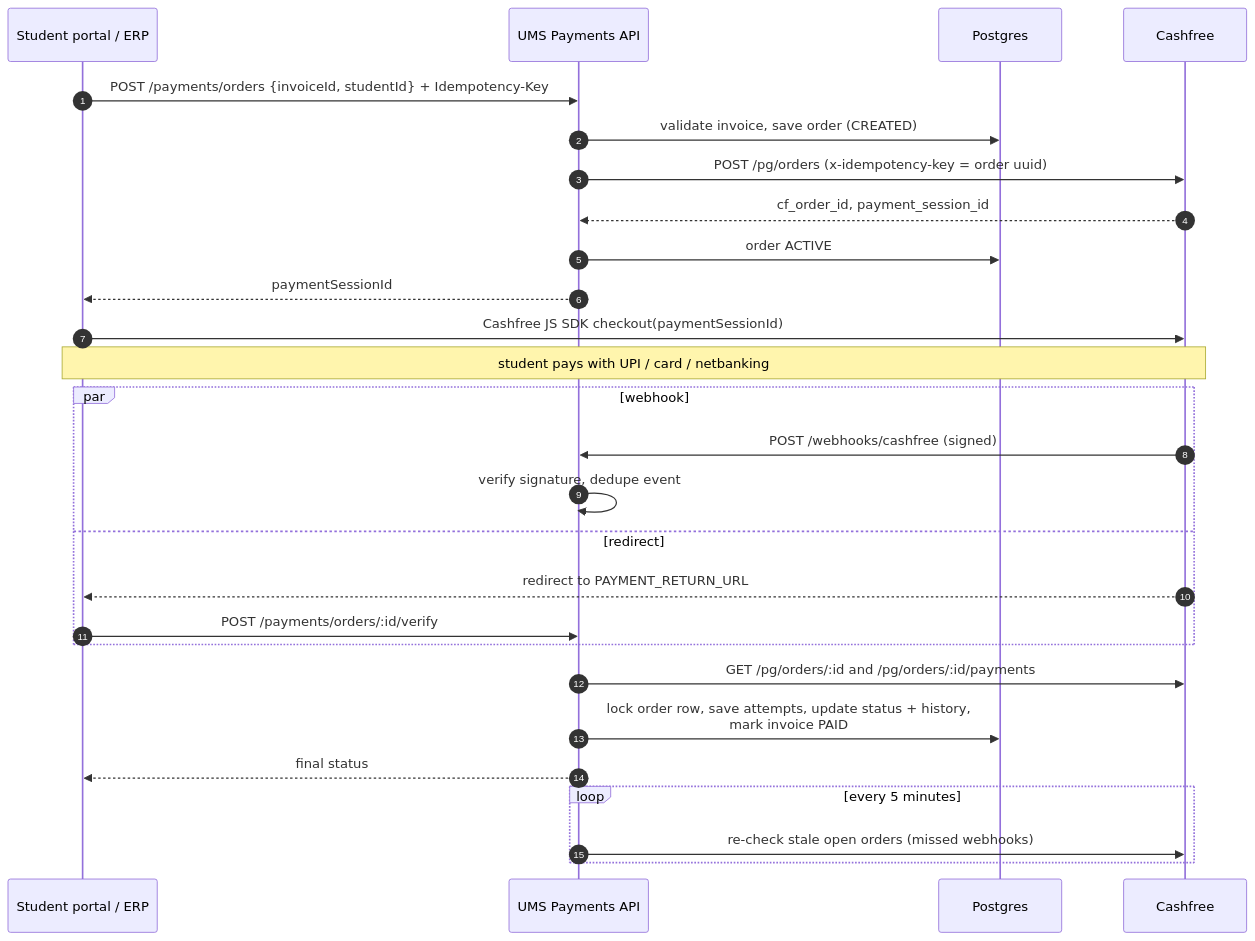
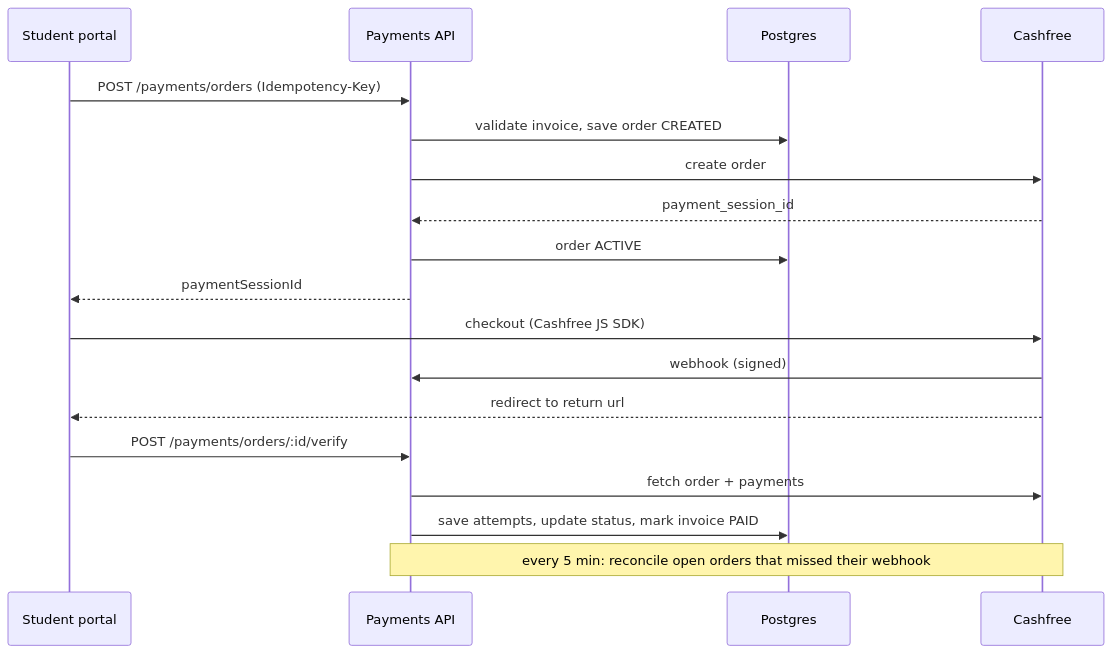
One commit to swatishah946/UMS_payment_system changed the diagram in README.md. Above: the diagram before and after it, drawn with Mermaid. The commit also changed other lines of this file and 1 other file, not shown here.

Commit message:
docs: document webhook endpoint in swagger

````diff
--- a/README.md
+++ b/README.md
@@ -89,34 +53,21 @@
 ```mermaid
 sequenceDiagram
-    autonumber
-    participant FE as Student portal / ERP
-    participant API as UMS Payments API
+    participant FE as Student portal
+    participant API as Payments API
     participant DB as Postgres
     participant CF as Cashfree
 
-    FE->>API: POST /payments/orders {invoiceId, studentId} + Idempotency-Key
-    API->>DB: validate invoice, save order (CREATED)
-    API->>CF: POST /pg/orders (x-idempotency-key = order uuid)
-    CF-->>API: cf_order_id, payment_session_id
+    FE->>API: POST /payments/orders (Idempotency-Key)
+    API->>DB: validate invoice, save order CREATED
+    API->>CF: create order
+    CF-->>API: payment_session_id
     API->>DB: order ACTIVE
     API-->>FE: paymentSessionId
-
-    FE->>CF: Cashfree JS SDK checkout(paymentSessionId)
-    Note over FE,CF: student pays with UPI / card / netbanking
-
-    par webhook
-        CF->>API: POST /webhooks/cashfree (signed)
-        API->>API: verify signature, dedupe event
-    and redirect
-        CF-->>FE: redirect to PAYMENT_RETURN_URL
-        FE->>API: POST /payments/orders/:id/verify
-    end
-
-    API->>CF: GET /pg/orders/:id and /pg/orders/:id/payments
-    API->>DB: lock order row, save attempts, update status + history,<br/>mark invoice PAID
-    API-->>FE: final status
-
-    loop every 5 minutes
-        API->>CF: re-check stale open orders (missed webhooks)
-    end
+    FE->>CF: checkout (Cashfree JS SDK)
+    CF->>API: webhook (signed)
+    CF-->>FE: redirect to return url
+    FE->>API: POST /payments/orders/:id/verify
+    API->>CF: fetch order + payments
+    API->>DB: save attempts, update status, mark invoice PAID
+    Note over API,CF: every 5 min: reconcile open orders that missed their webhook
 ```
````
